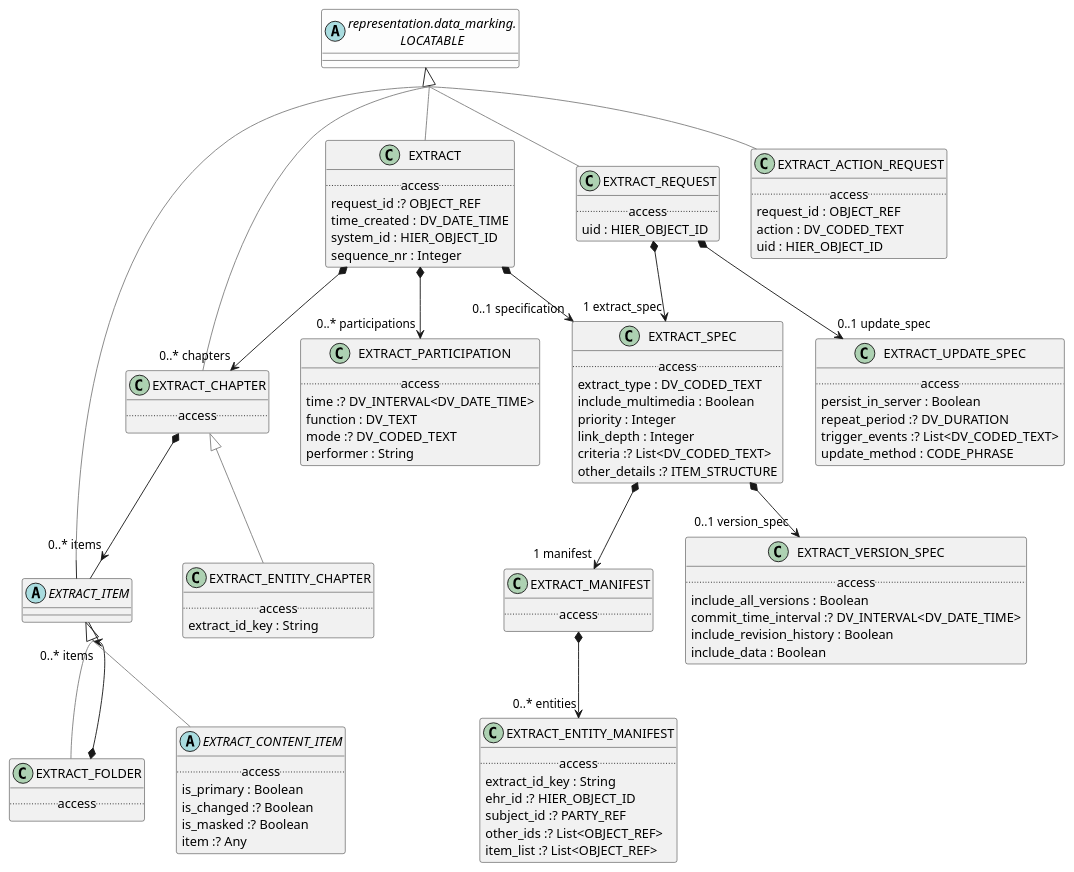
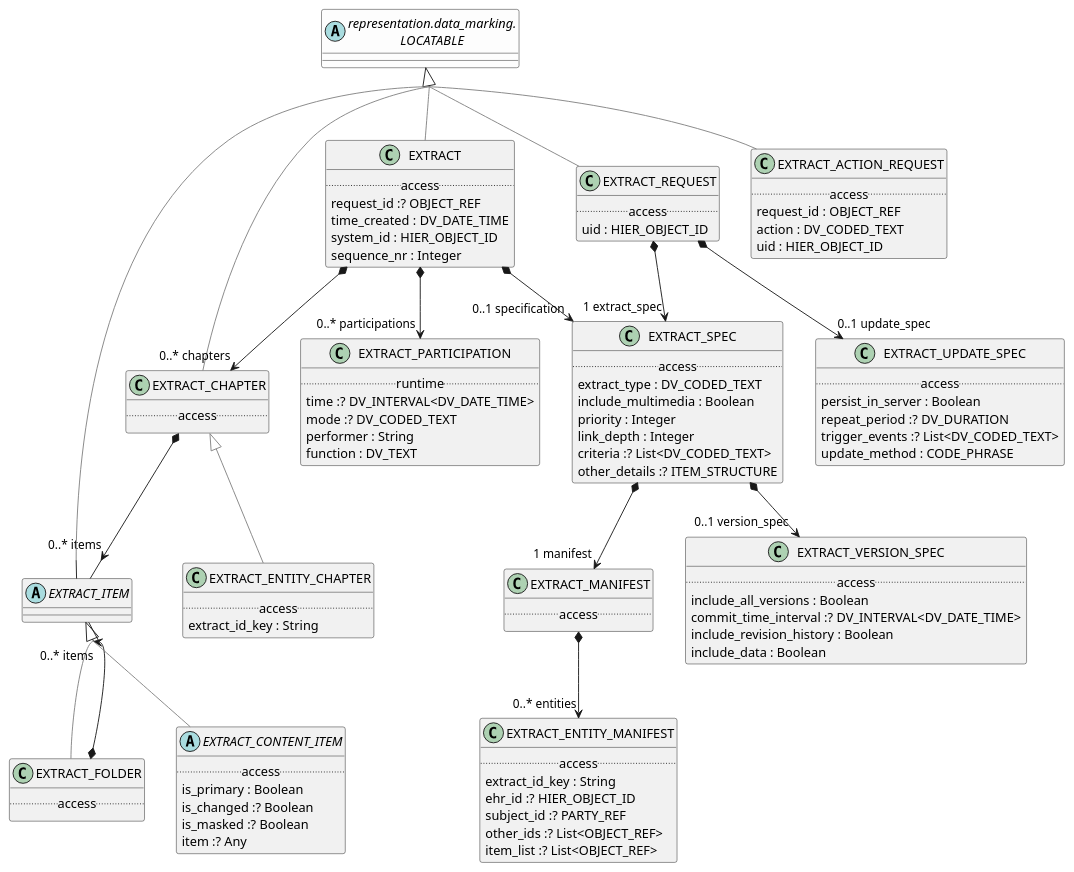
Before and after one commit to wolandscat/openehr-doc: the diagram in modules/ROOT/examples/bmm/domain-healthcare/ehr_extract/common/common-package-uml.adoc, drawn with PlantUML. The commit also changed 11 other files, not shown here.

```diff
--- a/modules/ROOT/examples/bmm/domain-healthcare/ehr_extract/common/common-package-uml.adoc
+++ b/modules/ROOT/examples/bmm/domain-healthcare/ehr_extract/common/common-package-uml.adoc
@@ -76,11 +76,11 @@
 EXTRACT_SPEC *--> "1 manifest" EXTRACT_MANIFEST
 
 class EXTRACT_PARTICIPATION [[/openehr-doc/latest/domain-healthcare/ehr_extract-gen.html#_class_extract_participation]] {
-        .. access ..
+        .. runtime ..
         time :? DV_INTERVAL<DV_DATE_TIME>
-        function : DV_TEXT
         mode :? DV_CODED_TEXT
         performer : String
+        function : DV_TEXT
 }
 
 class EXTRACT_VERSION_SPEC [[/openehr-doc/latest/domain-healthcare/ehr_extract-gen.html#_class_extract_version_spec]] {
```
